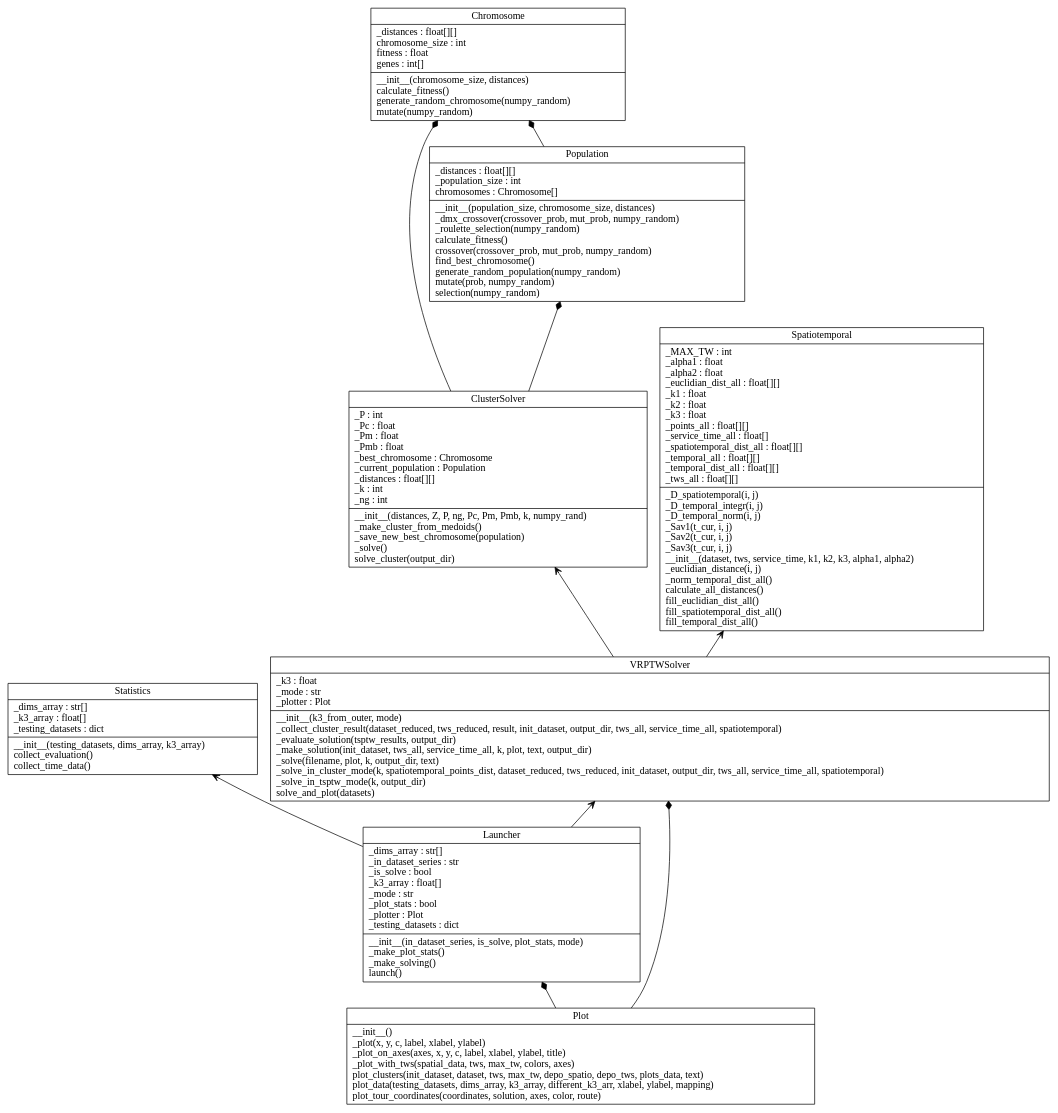
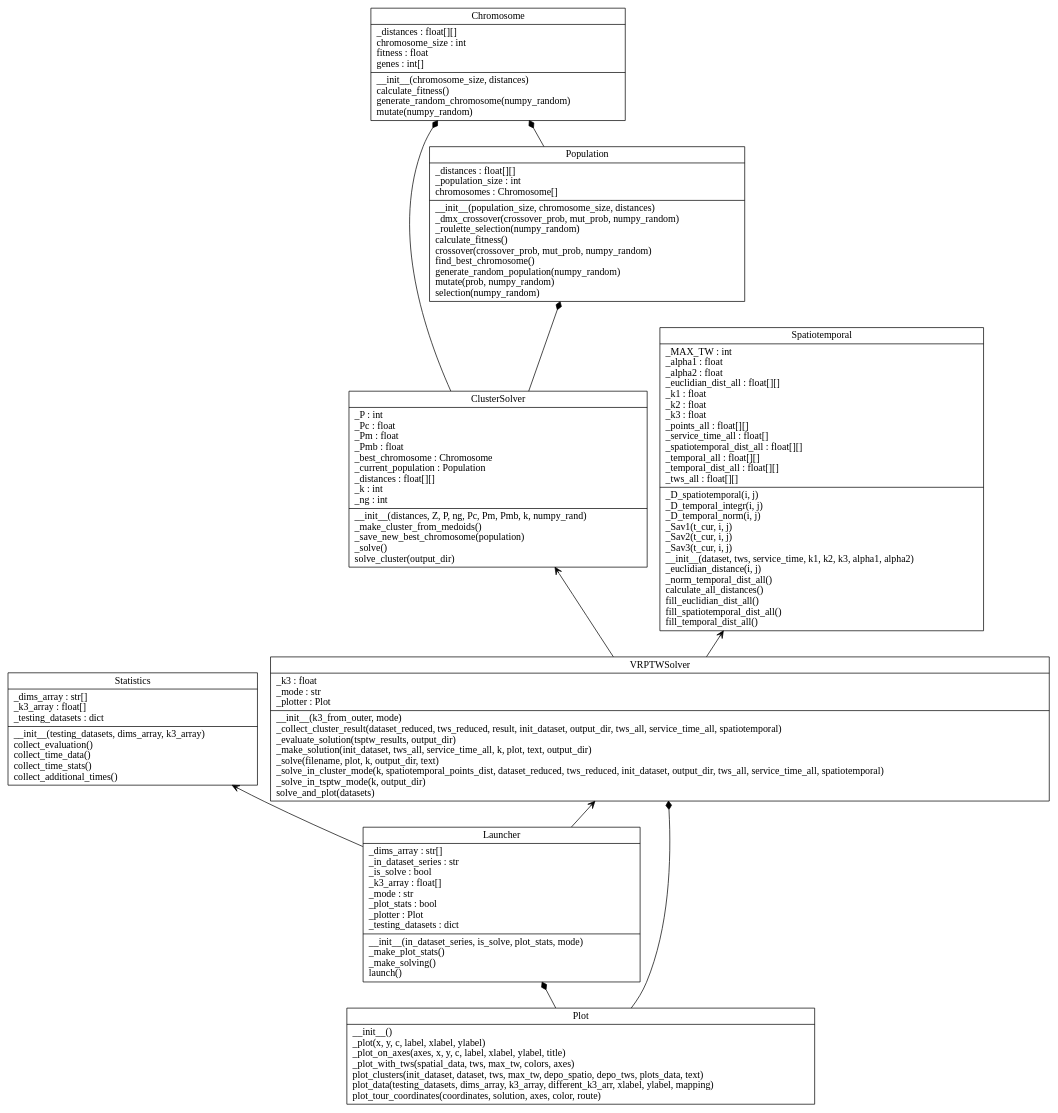
The diagram in test_diagram.dot (Stranger488/vrptw-ga-k-medoid), drawn with Graphviz before and after one commit.

Commit message:
diagram add to statistics new functions

```diff
--- a/test_diagram.dot
+++ b/test_diagram.dot
@@ -1,21 +1,21 @@
 digraph "classes" {
 charset="utf-8"
 rankdir=BT
 "0" [label="{Chromosome|_distances : float[][]\lchromosome_size : int\lfitness : float\lgenes : int[]\l|__init__(chromosome_size, distances)\lcalculate_fitness()\lgenerate_random_chromosome(numpy_random)\lmutate(numpy_random)\l}", shape="record"];
 "1" [label="{ClusterSolver|_P : int\l_Pc : float\l_Pm : float\l_Pmb : float\l_best_chromosome : Chromosome\l_current_population : Population\l_distances : float[][]\l_k : int\l_ng : int\l|__init__(distances, Z, P, ng, Pc, Pm, Pmb, k, numpy_rand)\l_make_cluster_from_medoids()\l_save_new_best_chromosome(population)\l_solve()\lsolve_cluster(output_dir)\l}", shape="record"];
 "2" [label="{Launcher|_dims_array : str[]\l_in_dataset_series : str\l_is_solve : bool\l_k3_array : float[]\l_mode : str\l_plot_stats : bool\l_plotter : Plot\l_testing_datasets : dict\l|__init__(in_dataset_series, is_solve, plot_stats, mode)\l_make_plot_stats()\l_make_solving()\llaunch()\l}", shape="record"];
 "3" [label="{Plot|__init__()\l_plot(x, y, c, label, xlabel, ylabel)\l_plot_on_axes(axes, x, y, c, label, xlabel, ylabel, title)\l_plot_with_tws(spatial_data, tws, max_tw, colors, axes)\lplot_clusters(init_dataset, dataset, tws, max_tw, depo_spatio, depo_tws, plots_data, text)\lplot_data(testing_datasets, dims_array, k3_array, different_k3_arr, xlabel, ylabel, mapping)\lplot_tour_coordinates(coordinates, solution, axes, color, route)\l}", shape="record"];
 "4" [label="{Population|_distances : float[][]\l_population_size : int\lchromosomes : Chromosome[]\l|__init__(population_size, chromosome_size, distances)\l_dmx_crossover(crossover_prob, mut_prob, numpy_random)\l_roulette_selection(numpy_random)\lcalculate_fitness()\lcrossover(crossover_prob, mut_prob, numpy_random)\lfind_best_chromosome()\lgenerate_random_population(numpy_random)\lmutate(prob, numpy_random)\lselection(numpy_random)\l}", shape="record"];
 "5" [label="{Spatiotemporal|_MAX_TW : int\l_alpha1 : float\l_alpha2 : float\l_euclidian_dist_all : float[][]\l_k1 : float\l_k2 : float\l_k3 : float\l_points_all : float[][]\l_service_time_all : float[]\l_spatiotemporal_dist_all : float[][]\l_temporal_all : float[][]\l_temporal_dist_all : float[][]\l_tws_all : float[][]\l|_D_spatiotemporal(i, j)\l_D_temporal_integr(i, j)\l_D_temporal_norm(i, j)\l_Sav1(t_cur, i, j)\l_Sav2(t_cur, i, j)\l_Sav3(t_cur, i, j)\l__init__(dataset, tws, service_time, k1, k2, k3, alpha1, alpha2)\l_euclidian_distance(i, j)\l_norm_temporal_dist_all()\lcalculate_all_distances()\lfill_euclidian_dist_all()\lfill_spatiotemporal_dist_all()\lfill_temporal_dist_all()\l}", shape="record"];
-"6" [label="{Statistics|_dims_array : str[]\l_k3_array : float[]\l_testing_datasets : dict\l|__init__(testing_datasets, dims_array, k3_array)\lcollect_evaluation()\lcollect_time_data()\l}", shape="record"];
+"6" [label="{Statistics|_dims_array : str[]\l_k3_array : float[]\l_testing_datasets : dict\l|__init__(testing_datasets, dims_array, k3_array)\lcollect_evaluation()\lcollect_time_data()\lcollect_time_stats()\lcollect_additional_times()\l}", shape="record"];
 "7" [label="{VRPTWSolver|_k3 : float\l_mode : str\l_plotter : Plot\l|__init__(k3_from_outer, mode)\l_collect_cluster_result(dataset_reduced, tws_reduced, result, init_dataset, output_dir, tws_all, service_time_all, spatiotemporal)\l_evaluate_solution(tsptw_results, output_dir)\l_make_solution(init_dataset, tws_all, service_time_all, k, plot, text, output_dir)\l_solve(filename, plot, k, output_dir, text)\l_solve_in_cluster_mode(k, spatiotemporal_points_dist, dataset_reduced, tws_reduced, init_dataset, output_dir, tws_all, service_time_all, spatiotemporal)\l_solve_in_tsptw_mode(k, output_dir)\lsolve_and_plot(datasets)\l}", shape="record"];
 "3" -> "2" [arrowhead="diamond", arrowtail="none", fontcolor="green", style="solid"];
 "3" -> "7" [arrowhead="diamond", arrowtail="none", fontcolor="green", style="solid"];
 "1" -> "0" [arrowhead="diamond", arrowtail="none", fontcolor="green", style="solid"];
 "1" -> "4" [arrowhead="diamond", arrowtail="none", fontcolor="green", style="solid"];
 "4" -> "0" [arrowhead="diamond", arrowtail="none", fontcolor="green", style="solid"];
 "7" -> "5" [arrowhead="open", arrowtail="none", fontcolor="green", style="solid"];
 "2" -> "7" [arrowhead="open", arrowtail="none", fontcolor="green", style="solid"];
 "2" -> "6" [arrowhead="open", arrowtail="none", fontcolor="green", style="solid"];
 "7" -> "1" [arrowhead="open", arrowtail="none", fontcolor="green", style="solid"];
 }
```
